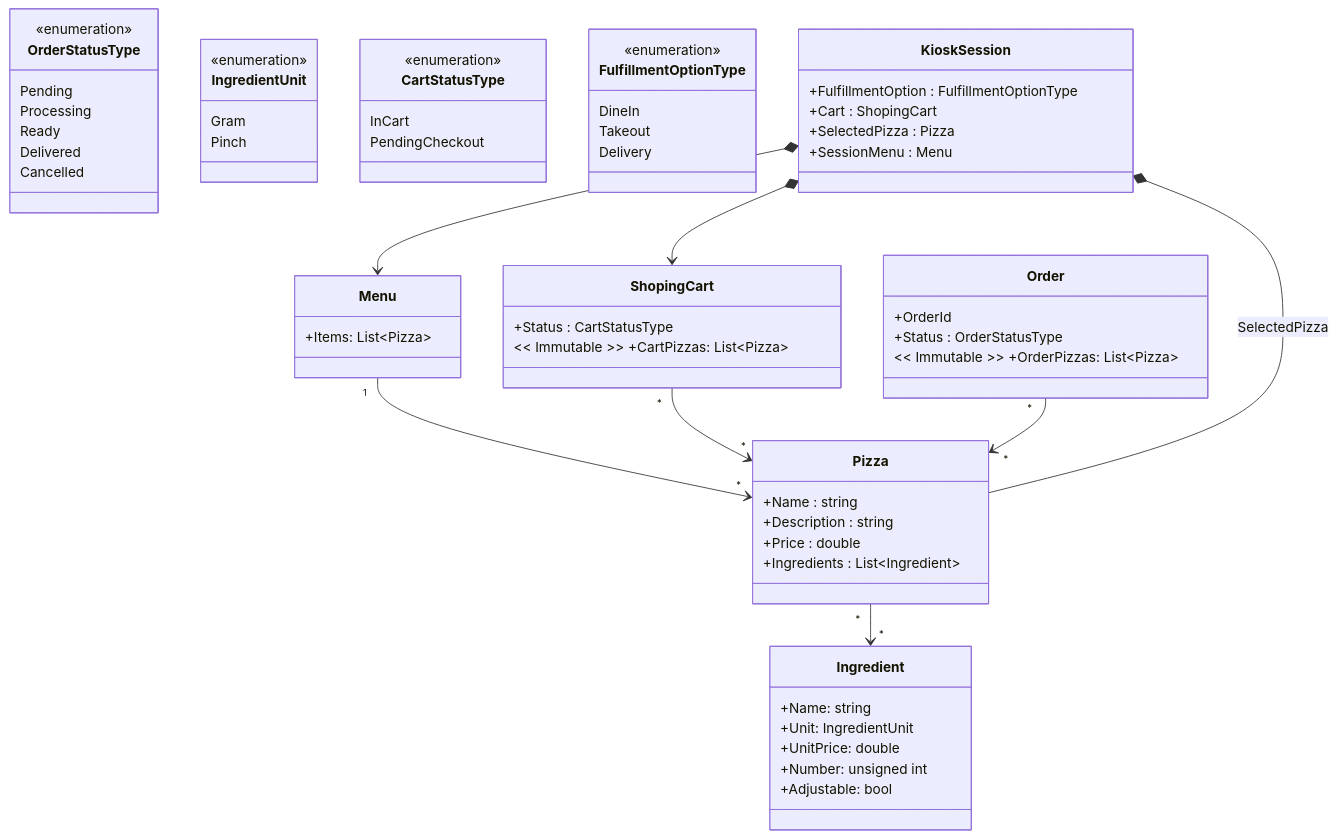
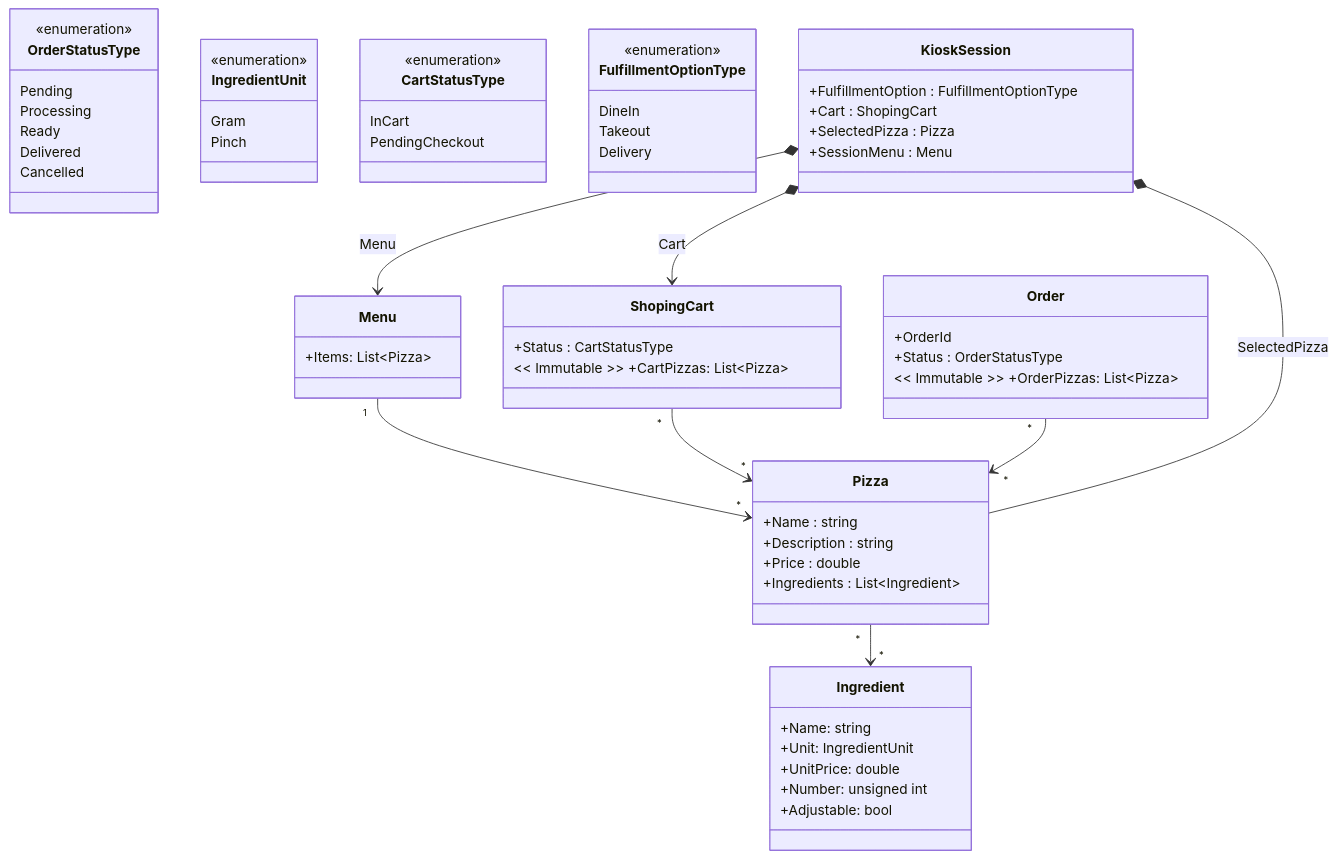
The diagram in AF/src/Utb.PizzaKiosk/README.md (ekral/FAI), drawn with Mermaid before and after one commit.

Commit message:
update diagram

````diff
--- a/AF/src/Utb.PizzaKiosk/README.md
+++ b/AF/src/Utb.PizzaKiosk/README.md
@@ -175,77 +175,77 @@
 ```mermaid
 classDiagram
 
    class OrderStatusType{
       <<enumeration>>
       Pending
       Processing
       Ready
       Delivered
       Cancelled
    }
 
    class IngredientUnit{
       <<enumeration>>
       Gram
       Pinch
    }
 
    class CartStatusType{
       <<enumeration>>
       InCart
       PendingCheckout
    }
 
    class FulfillmentOptionType{
       <<enumeration>>
       DineIn
       Takeout
       Delivery
    }
 
    class KioskSession{
       +FulfillmentOption : FulfillmentOptionType
       +Cart : ShopingCart
       +SelectedPizza : Pizza
       +SessionMenu : Menu
    }
 
    class Order{
       +OrderId
       +Status : OrderStatusType
       << Immutable >> +OrderPizzas: List~Pizza~
    }
 
    class ShopingCart{
       +Status : CartStatusType
       << Immutable >> +CartPizzas: List~Pizza~
    }
 
    class Ingredient{
       +Name: string
       +Unit: IngredientUnit
       +UnitPrice: double
       +Number: unsigned int
       +Adjustable: bool
    }
 
    class Menu{
       +Items: List~Pizza~
    }
 
    class Pizza {
       +Name : string
       +Description : string
       +Price : double
       +Ingredients : List~Ingredient~
    }
 
    Menu "1" --> "*" Pizza
    Pizza "*" --> "*" Ingredient
    ShopingCart "*" --> "*" Pizza
    Order "*" --> "*" Pizza
    KioskSession *-- Pizza  : SelectedPizza
-   KioskSession *--> ShopingCart
-   KioskSession *--> Menu
+   KioskSession *--> ShopingCart : Cart
+   KioskSession *--> Menu : Menu
 
 ```
````
